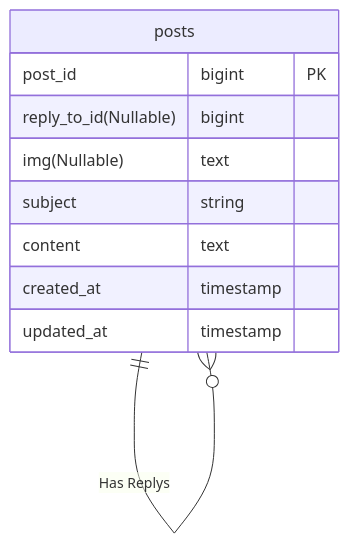
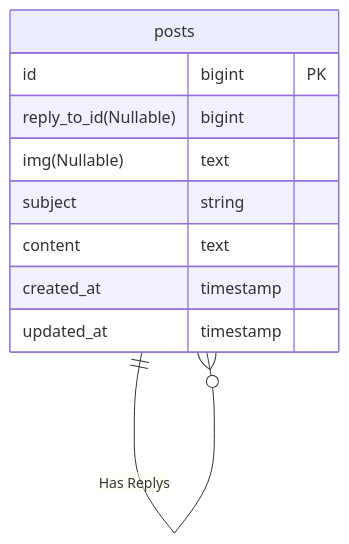
The diagram in README.md (setodeve/Imageboard-Webapp), drawn with Mermaid before and after one commit. The commit also changed 11 other files, not shown here.

````diff
--- a/README.md
+++ b/README.md
@@ -3,15 +3,15 @@
 ```mermaid
 erDiagram
     posts ||--o{ posts : "Has Replys"
 
     posts {
-        post_id bigint PK
+        id bigint PK
         reply_to_id(Nullable) bigint 
         img(Nullable) text
         subject string
         content text
         created_at timestamp
         updated_at timestamp
     }
 
 ```
````
